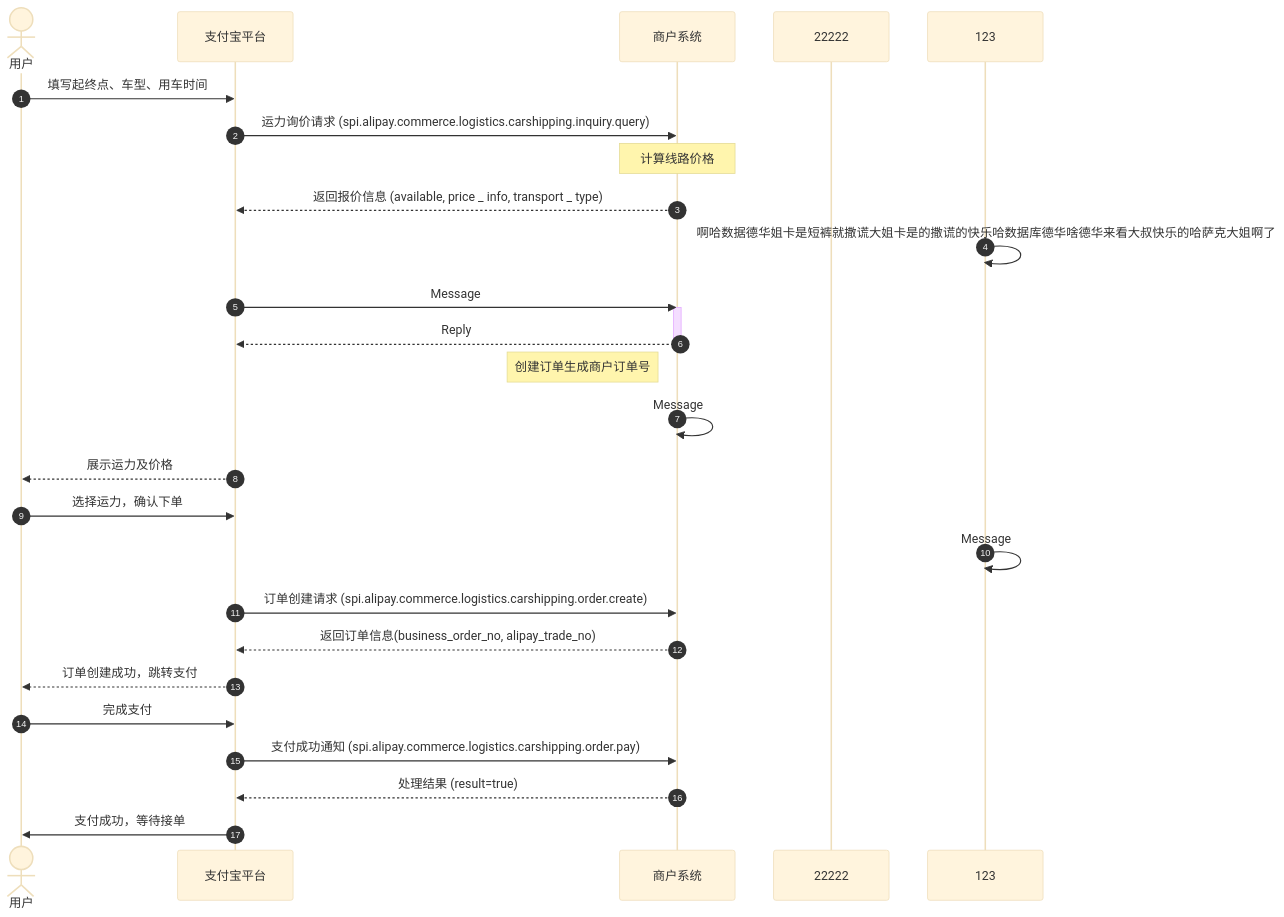
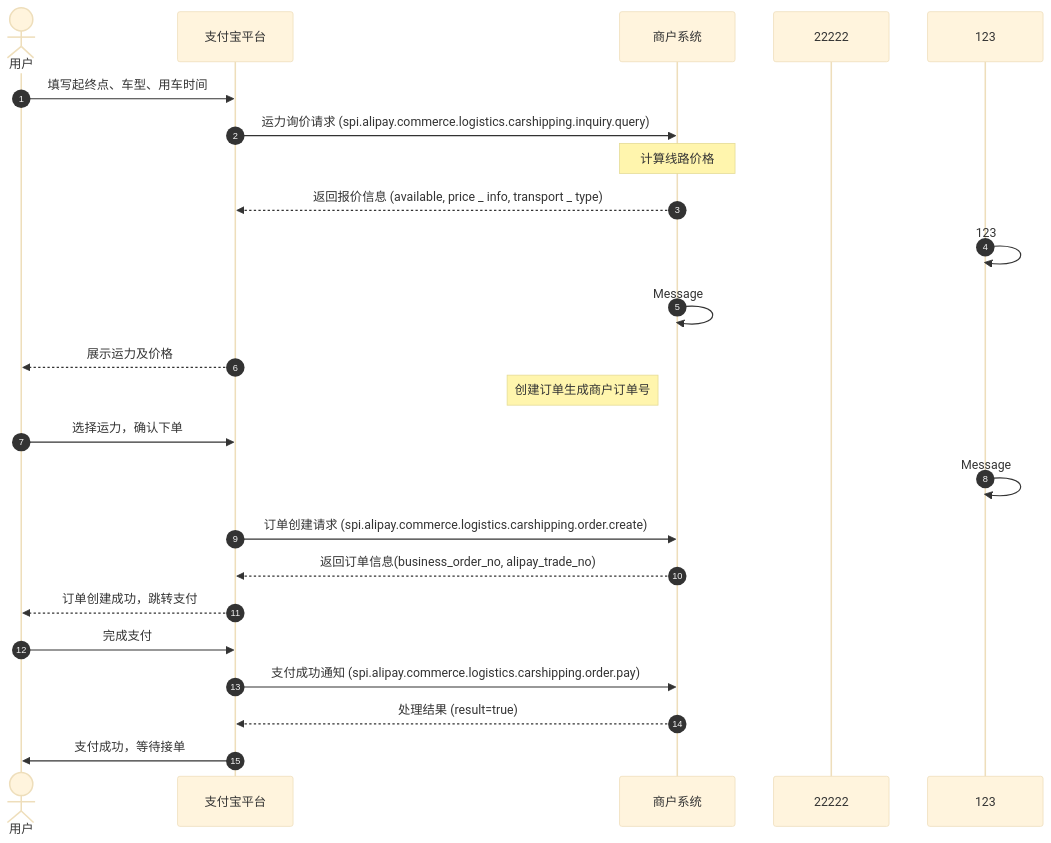
Before and after one commit to pingpm/mermaid_vault: the diagram in notes/test_dba1b258-be6a-414c-9967-aedbcccfa44f.md, drawn with Mermaid (base theme). The commit also changed 2 other files, not shown here.

Commit message:
Sync Mermaid Studio data (8 diagrams)

````diff
--- a/notes/test_dba1b258-be6a-414c-9967-aedbcccfa44f.md
+++ b/notes/test_dba1b258-be6a-414c-9967-aedbcccfa44f.md
@@ -3,31 +3,27 @@
 ```mermaid
 sequenceDiagram
   autonumber
   actor p0 as 用户
   participant p1 as 支付宝平台
   participant p2 as 商户系统
   participant p3 as 22222
   participant p4 as 123
   p0->>p1: 填写起终点、⻋型、⽤⻋时间
   p1->>p2: 运⼒询价请求 (spi.alipay.commerce.logistics.carshipping.inquiry.query)
   Note over p2: 计算线路价格
   p2-->>p1: 返回报价信息 (available, price _ info, transport _ type)
-  p4->>p4: 啊哈数据德华姐卡是短裤就撒谎大姐卡是的撒谎的快乐哈数据库德华啥德华来看大叔快乐的哈萨克大姐啊了
-  p1->>p2: Message
-  activate p2
-  p2-->>p1: Reply
-  deactivate p2
-  Note left of p2: 创建订单⽣成商户订单号
+  p4->>p4: 123
   p2->>p2: Message
   p1-->>p0: 展示运⼒及价格
+  Note left of p2: 创建订单⽣成商户订单号
   p0->>p1: 选择运⼒，确认下单
   p4->>p4: Message
   p1->>p2: 订单创建请求 (spi.alipay.commerce.logistics.carshipping.order.create)
   p2-->>p1: 返回订单信息(business_order_no, alipay_trade_no)
   p1-->>p0: 订单创建成功，跳转⽀付
   p0->>p1: 完成⽀付
   p1->>p2: ⽀付成功通知 (spi.alipay.commerce.logistics.carshipping.order.pay)
   p2-->>p1: 处理结果 (result=true)
   p1->>p0: ⽀付成功，等待接单
 
 ```
````
